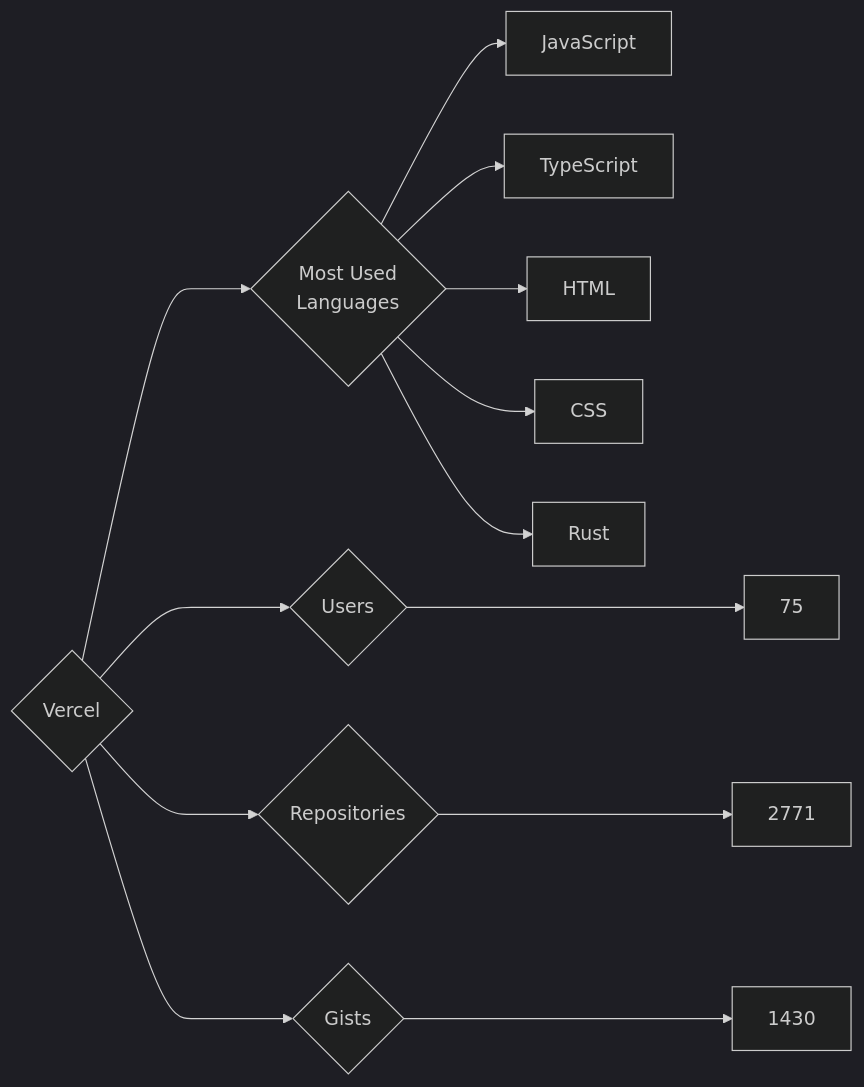
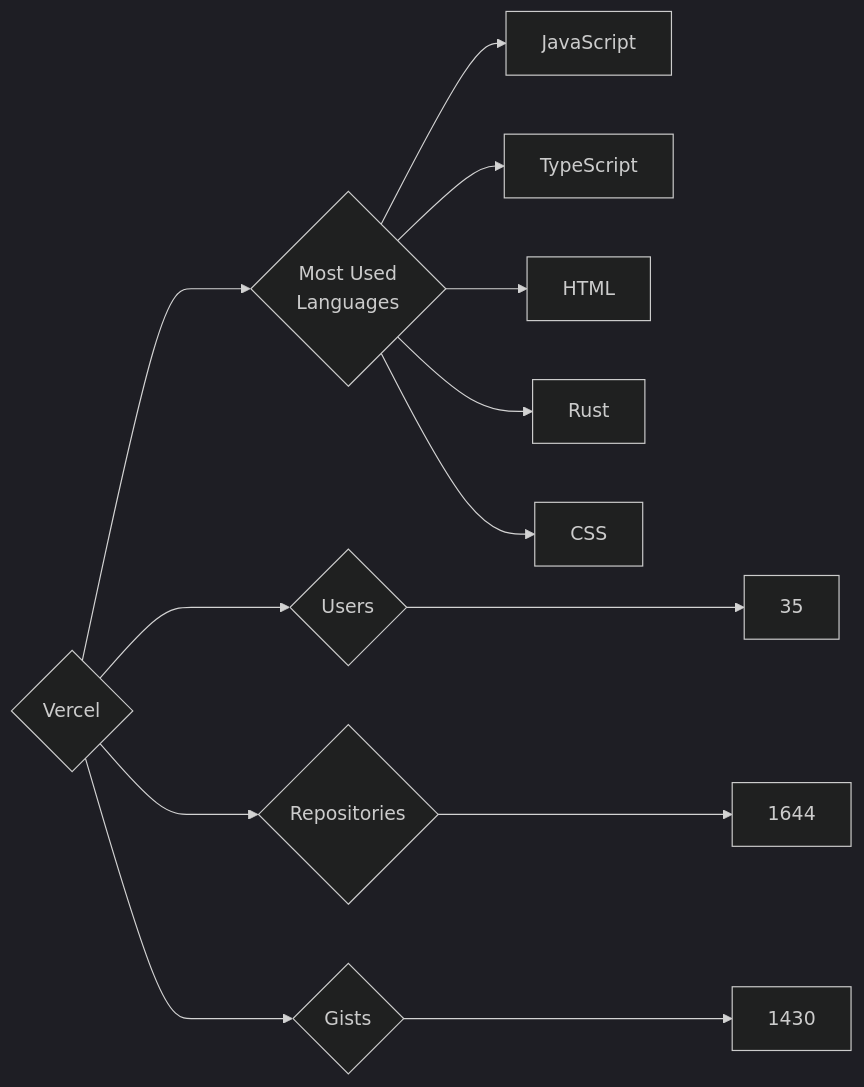
Before and after one commit to trickest/insiders: the diagram in targets/Vercel/README.md, drawn with Mermaid (dark theme). The commit also changed 725 other files, not shown here.

````diff
--- a/targets/Vercel/README.md
+++ b/targets/Vercel/README.md
@@ -3,13 +3,13 @@
 ```mermaid
 graph LR
 COMPANY_NAME{Vercel}
-COMPANY_NAME ---> U{Users} ---> UN[75]
-COMPANY_NAME ---> R{Repositories} ---> RN[2771]
+COMPANY_NAME ---> U{Users} ---> UN[35]
+COMPANY_NAME ---> R{Repositories} ---> RN[1644]
 COMPANY_NAME ---> G{Gists} ---> GN[1430]
 COMPANY_NAME ---> ML{Most Used<br>Languages}
 ML --> JavaScript[JavaScript]
 ML --> TypeScript[TypeScript]
 ML --> HTML[HTML]
+ML --> Rust[Rust]
 ML --> CSS[CSS]
-ML --> Rust[Rust]
 ```
````
